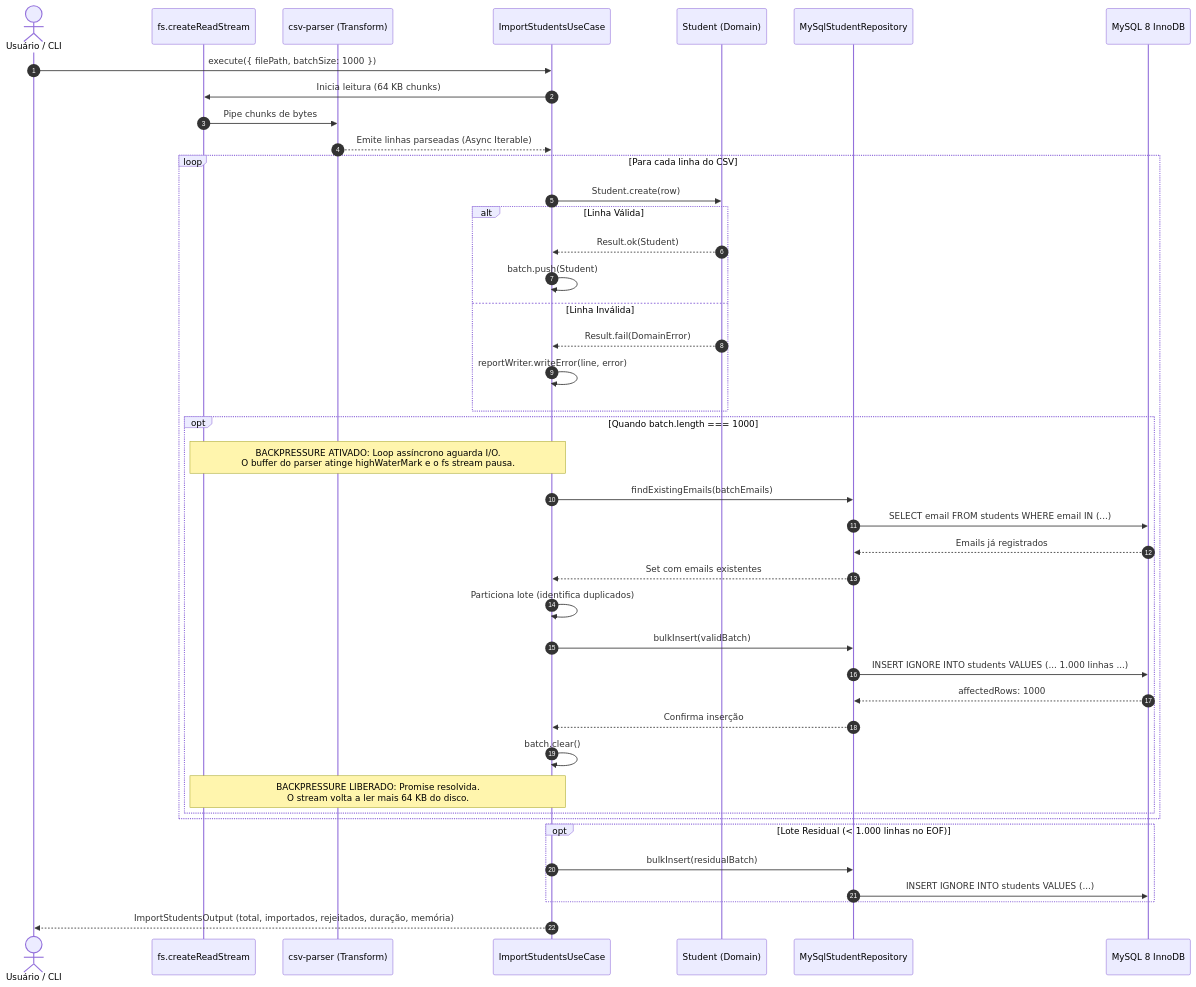
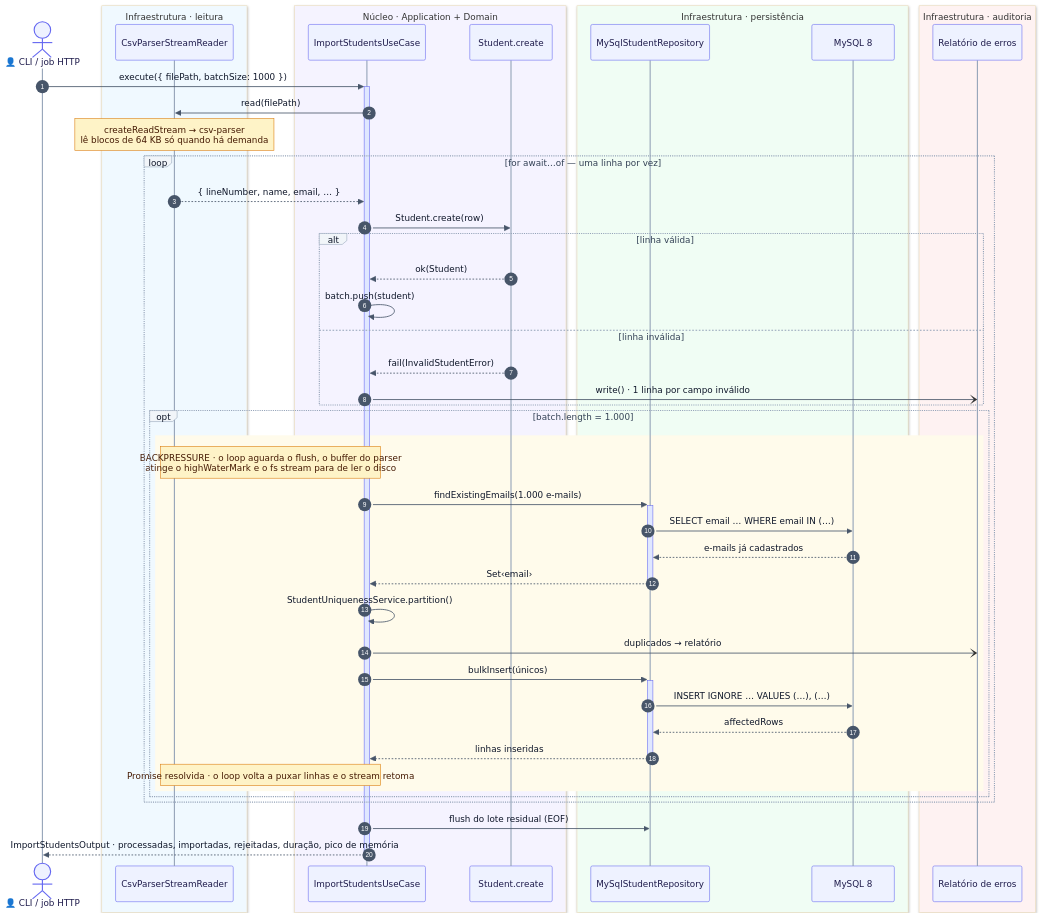
The second of 4 diagrams in docs/architecture.md (HuggsF/csv-stream-importer), drawn with Mermaid before and after one commit. The commit also changed other lines of this file and 1 other file, not shown here.

First line of the commit message:
docs: redesign mermaid diagrams and fix documentation drift

````diff
--- a/docs/architecture.md
+++ b/docs/architecture.md
@@ -83,49 +84,56 @@
 ```mermaid
+%%{init: {"theme": "base", "themeVariables": {"fontFamily": "Inter, Segoe UI, Helvetica, Arial, sans-serif", "fontSize": "15px", "actorBkg": "#EEF2FF", "actorBorder": "#6366F1", "actorTextColor": "#1E1B4B", "actorLineColor": "#94A3B8", "signalColor": "#475569", "signalTextColor": "#0F172A", "labelBoxBkgColor": "#F1F5F9", "labelBoxBorderColor": "#94A3B8", "labelTextColor": "#0F172A", "loopTextColor": "#334155", "noteBkgColor": "#FEF3C7", "noteBorderColor": "#D97706", "noteTextColor": "#451A03", "activationBkgColor": "#E0E7FF", "activationBorderColor": "#6366F1", "sequenceNumberColor": "#FFFFFF"}}}%%
 sequenceDiagram
     autonumber
-    actor CLI as Usuário / CLI
-    participant FS as fs.createReadStream
-    participant Parser as csv-parser (Transform)
-    participant UC as ImportStudentsUseCase
-    participant Domain as Student (Domain)
-    participant Repo as MySqlStudentRepository
-    participant DB as MySQL 8 InnoDB
+    actor U as 👤 CLI / job HTTP
+    box rgb(240, 249, 255) Infraestrutura · leitura
+        participant R as CsvParserStreamReader
+    end
+    box rgb(245, 243, 255) Núcleo · Application + Domain
+        participant UC as ImportStudentsUseCase
+        participant D as Student.create
+    end
+    box rgb(240, 253, 244) Infraestrutura · persistência
+        participant Repo as MySqlStudentRepository
+        participant DB as MySQL 8
+    end
+    box rgb(254, 242, 242) Infraestrutura · auditoria
+        participant E as Relatório de erros
+    end
 
-    CLI->>UC: execute({ filePath, batchSize: 1000 })
-    UC->>FS: Inicia leitura (64 KB chunks)
-    FS->>Parser: Pipe chunks de bytes
-    Parser-->>UC: Emite linhas parseadas (Async Iterable)
+    U->>+UC: execute({ filePath, batchSize: 1000 })
+    UC->>R: read(filePath)
+    Note over R: createReadStream → csv-parser<br/>lê blocos de 64 KB só quando há demanda
 
-    loop Para cada linha do CSV
-        UC->>Domain: Student.create(row)
-        alt Linha Válida
-            Domain-->>UC: Result.ok(Student)
-            UC->>UC: batch.push(Student)
-        else Linha Inválida
-            Domain-->>UC: Result.fail(DomainError)
-            UC->>UC: reportWriter.writeError(line, error)
+    loop for await…of — uma linha por vez
+        R-->>UC: { lineNumber, name, email, … }
+        UC->>D: Student.create(row)
+        alt linha válida
+            D-->>UC: ok(Student)
+            UC->>UC: batch.push(student)
+        else linha inválida
+            D-->>UC: fail(InvalidStudentError)
+            UC-)E: write() · 1 linha por campo inválido
         end
 
-        opt Quando batch.length === 1000
-            Note over UC,FS: BACKPRESSURE ATIVADO: Loop assíncrono aguarda I/O.<br/>O buffer do parser atinge highWaterMark e o fs stream pausa.
-            UC->>Repo: findExistingEmails(batchEmails)
-            Repo->>DB: SELECT email FROM students WHERE email IN (...)
-            DB-->>Repo: Emails já registrados
-            Repo-->>UC: Set com emails existentes
-            UC->>UC: Particiona lote (identifica duplicados)
-            UC->>Repo: bulkInsert(validBatch)
-            Repo->>DB: INSERT IGNORE INTO students VALUES (... 1.000 linhas ...)
-            DB-->>Repo: affectedRows: 1000
-            Repo-->>UC: Confirma inserção
-            UC->>UC: batch.clear()
-            Note over UC,FS: BACKPRESSURE LIBERADO: Promise resolvida.<br/>O stream volta a ler mais 64 KB do disco.
+        opt batch.length = 1.000
+            rect rgb(255, 251, 235)
+                Note over R,UC: BACKPRESSURE · o loop aguarda o flush, o buffer do parser<br/>atinge o highWaterMark e o fs stream para de ler o disco
+                UC->>+Repo: findExistingEmails(1.000 e-mails)
+                Repo->>DB: SELECT email … WHERE email IN (…)
+                DB-->>Repo: e-mails já cadastrados
+                Repo-->>-UC: Set‹email›
+                UC->>UC: StudentUniquenessService.partition()
+                UC-)E: duplicados → relatório
+                UC->>+Repo: bulkInsert(únicos)
+                Repo->>DB: INSERT IGNORE … VALUES (…), (…)
+                DB-->>Repo: affectedRows
+                Repo-->>-UC: linhas inseridas
+                Note over R,UC: Promise resolvida · o loop volta a puxar linhas e o stream retoma
+            end
         end
     end
 
-    opt Lote Residual (< 1.000 linhas no EOF)
-        UC->>Repo: bulkInsert(residualBatch)
-        Repo->>DB: INSERT IGNORE INTO students VALUES (...)
-    end
-
-    UC-->>CLI: ImportStudentsOutput (total, importados, rejeitados, duração, memória)
+    UC->>Repo: flush do lote residual (EOF)
+    UC-->>-U: ImportStudentsOutput · processadas, importadas, rejeitadas, duração, pico de memória
 ```
````
